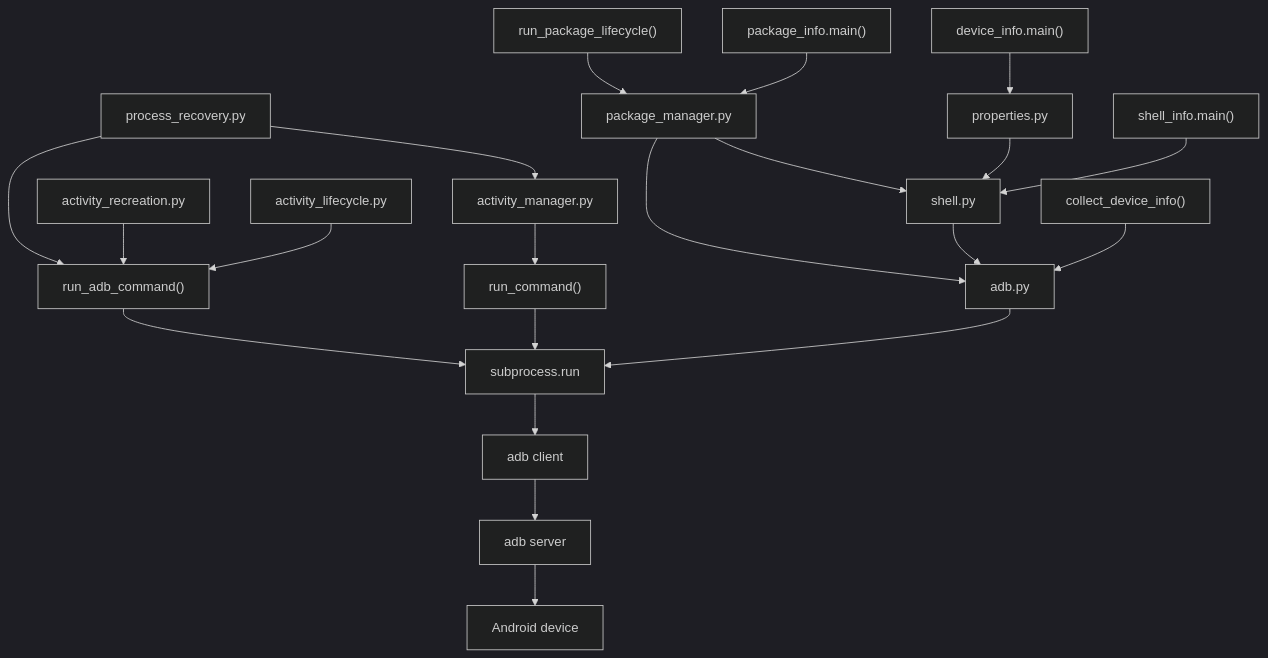
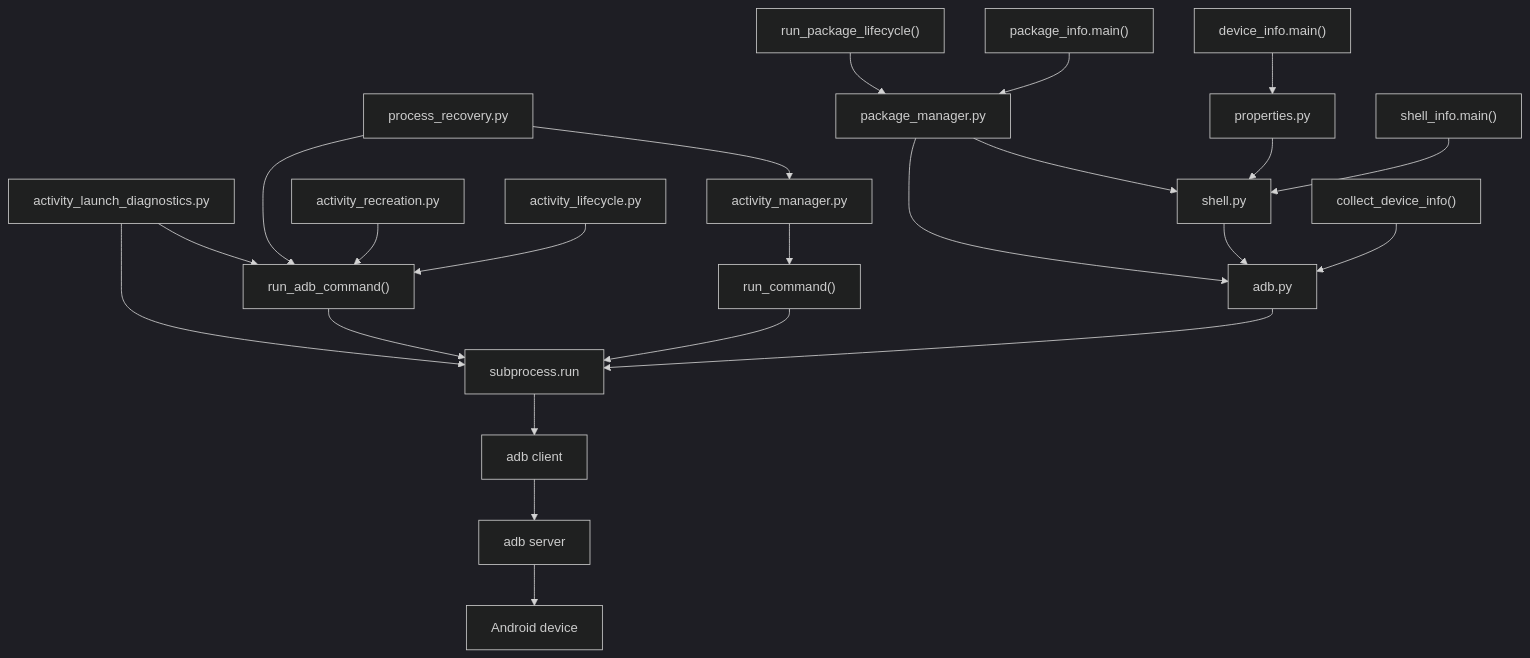
The diagram in docs/architecture.md (andrew771027/android-cookbook), drawn with Mermaid (dark theme) before and after one commit. The commit also changed other lines of this file and 7 other files, not shown here.

````diff
--- a/docs/architecture.md
+++ b/docs/architecture.md
@@ -9,23 +9,25 @@
 ```mermaid
 flowchart TD
+    LaunchDiagnostics["activity_launch_diagnostics.py"] --> Subprocess
+    LaunchDiagnostics --> LifecycleCommand
     ProcessRecovery["process_recovery.py"] --> LifecycleCommand
     ProcessRecovery --> ActivityManager
     ActivityRecreation["activity_recreation.py"] --> LifecycleCommand
     ActivityLifecycle["activity_lifecycle.py"] --> LifecycleCommand["run_adb_command()"]
     LifecycleCommand --> Subprocess
     ActivityManager["activity_manager.py"] --> RunCommand["run_command()"]
     RunCommand --> Subprocess
     DeviceInfo["device_info.main()"] --> Properties["properties.py"]
     PackageLifecycle["run_package_lifecycle()"] --> PackageManager
     PackageInfo["package_info.main()"] --> PackageManager["package_manager.py"]
     PackageManager --> Shell
     PackageManager --> Adb
     Properties --> Shell["shell.py"]
     ShellInfo["shell_info.main()"] --> Shell
     Shell --> Adb["adb.py"]
     CollectDeviceInfo["collect_device_info()"] --> Adb
     Adb --> Subprocess["subprocess.run"]
     Subprocess --> Client["adb client"]
     Client --> Server["adb server"]
     Server --> Device["Android device"]
 ```
````
